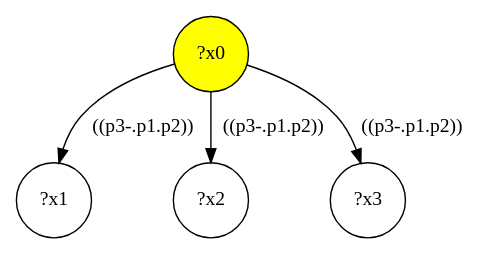
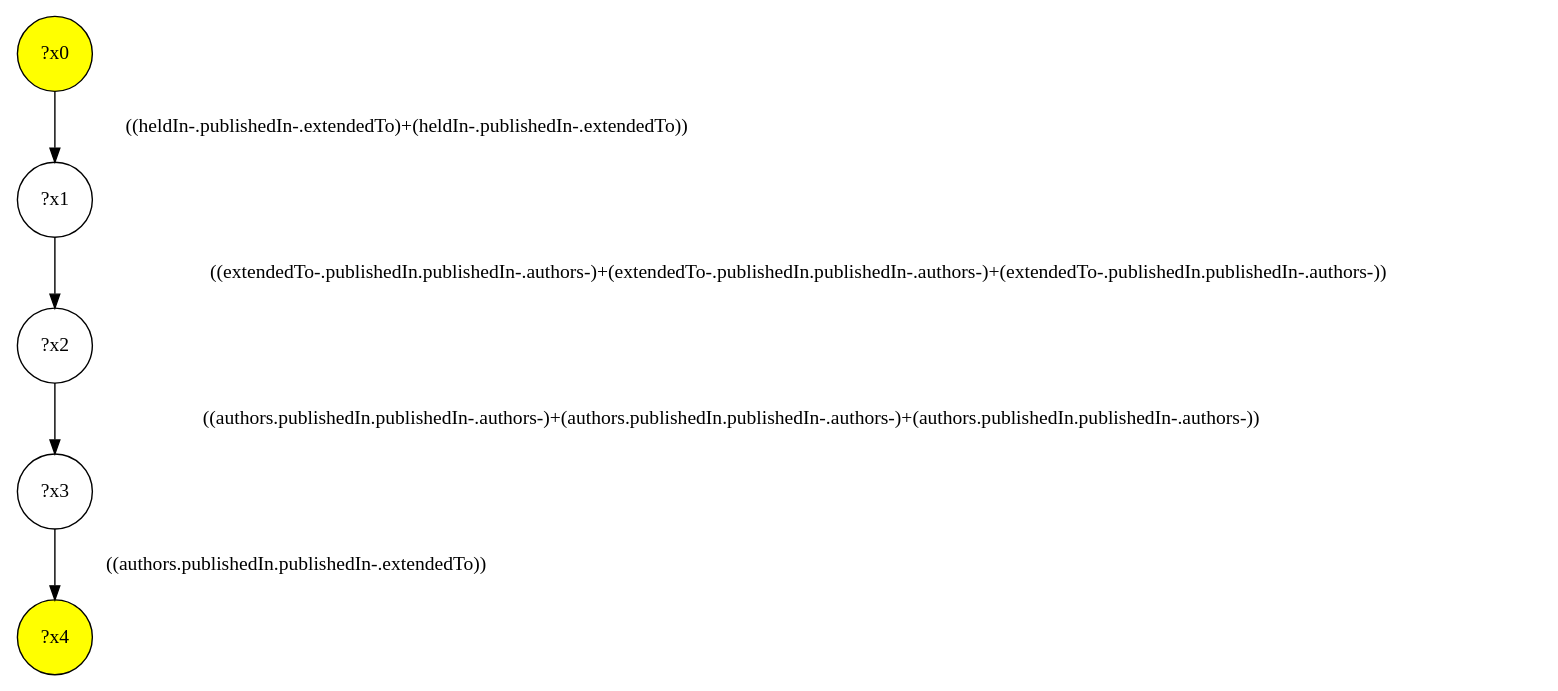
One commit to gbagan/gmark changed the diagram in src/queryinterface/interface-queries/query-18.dot. Above: the diagram before and after it, drawn with Graphviz. The commit also changed 150 other files, not shown here.

```diff
--- a/src/queryinterface/interface-queries/query-18.dot
+++ b/src/queryinterface/interface-queries/query-18.dot
@@ -1,9 +1,11 @@
 digraph g {
 	x0 [fillcolor="yellow", style="filled," shape=circle, label="?x0"];
+	x4 [fillcolor="yellow", style="filled," shape=circle, label="?x4"];
 	x1 [shape=circle, label="?x1"];
-	x0 -> x1 [label="((p3-.p1.p2))"];
+	x0 -> x1 [label="((heldIn-.publishedIn-.extendedTo)+(heldIn-.publishedIn-.extendedTo))"];
 	x2 [shape=circle, label="?x2"];
-	x0 -> x2 [label="((p3-.p1.p2))"];
+	x1 -> x2 [label="((extendedTo-.publishedIn.publishedIn-.authors-)+(extendedTo-.publishedIn.publishedIn-.authors-)+(extendedTo-.publishedIn.publishedIn-.authors-))"];
 	x3 [shape=circle, label="?x3"];
-	x0 -> x3 [label="((p3-.p1.p2))"];
+	x2 -> x3 [label="((authors.publishedIn.publishedIn-.authors-)+(authors.publishedIn.publishedIn-.authors-)+(authors.publishedIn.publishedIn-.authors-))"];
+	x3 -> x4 [label="((authors.publishedIn.publishedIn-.extendedTo))"];
 }
```
